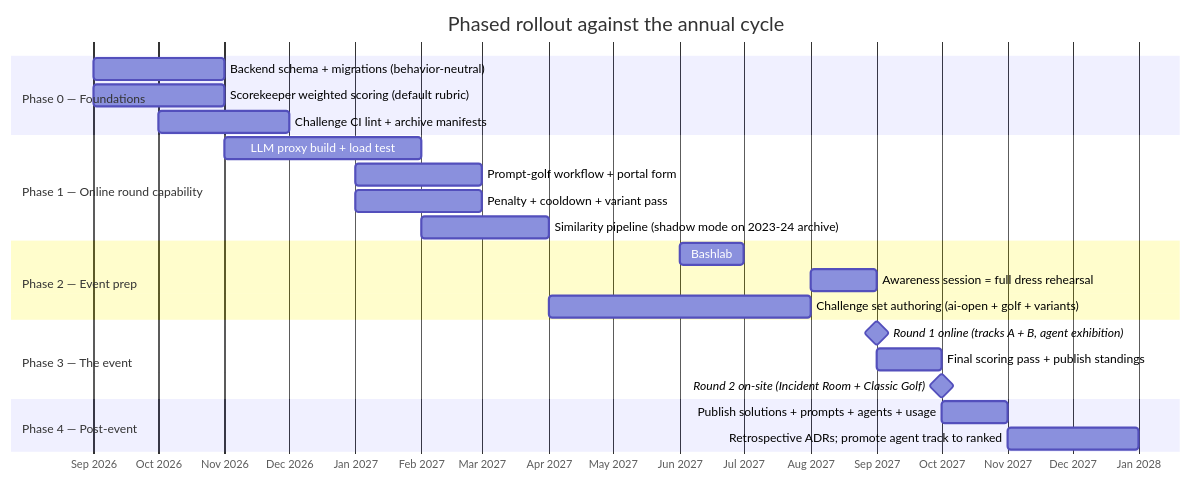
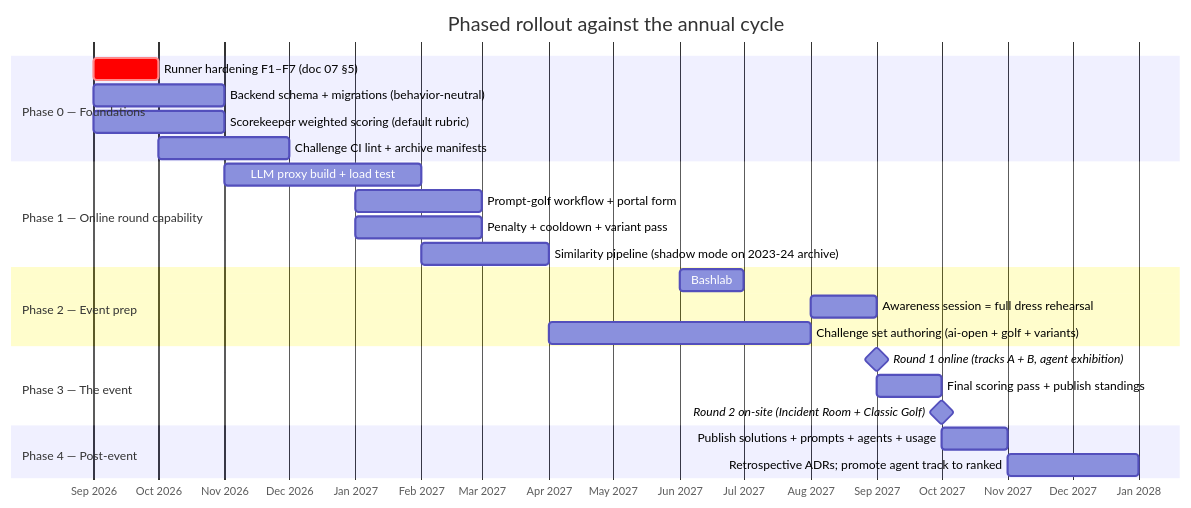
One commit to sliit-foss/bashaway-official changed the diagram in docs/evolution/architecture/06-migration-plan.md. Above: the diagram before and after it, drawn with Mermaid. The commit also changed other lines of this file and 9 other files, not shown here.

````diff
--- a/docs/evolution/architecture/06-migration-plan.md
+++ b/docs/evolution/architecture/06-migration-plan.md
@@ -98,26 +104,27 @@
 ```mermaid
 gantt
     dateFormat  YYYY-MM
     axisFormat  %b %Y
     title Phased rollout against the annual cycle
     section Phase 0 — Foundations
+    Runner hardening F1–F7 (doc 07 §5)               :crit, p0s, 2026-09, 1M
     Backend schema + migrations (behavior-neutral)   :p0a, 2026-09, 2M
     Scorekeeper weighted scoring (default rubric)    :p0b, 2026-09, 2M
     Challenge CI lint + archive manifests            :p0c, 2026-10, 2M
     section Phase 1 — Online round capability
     LLM proxy build + load test                      :p1a, 2026-11, 3M
     Prompt-golf workflow + portal form               :p1b, 2027-01, 2M
     Penalty + cooldown + variant pass                :p1c, 2027-01, 2M
     Similarity pipeline (shadow mode on 2023-24 archive) :p1d, 2027-02, 2M
     section Phase 2 — Event prep
     Bashlab: agent-building workshop                 :p2a, 2027-06, 1M
     Awareness session = full dress rehearsal         :p2b, 2027-08, 1M
     Challenge set authoring (ai-open + golf + variants) :p2c, 2027-04, 4M
     section Phase 3 — The event
     Round 1 online (tracks A + B, agent exhibition)  :milestone, 2027-09, 0d
     Final scoring pass + publish standings           :2027-09, 1M
     Round 2 on-site (Incident Room + Classic Golf)   :milestone, 2027-10, 0d
     section Phase 4 — Post-event
     Publish solutions + prompts + agents + usage     :2027-10, 1M
     Retrospective ADRs; promote agent track to ranked:2027-11, 2M
 ```
````
